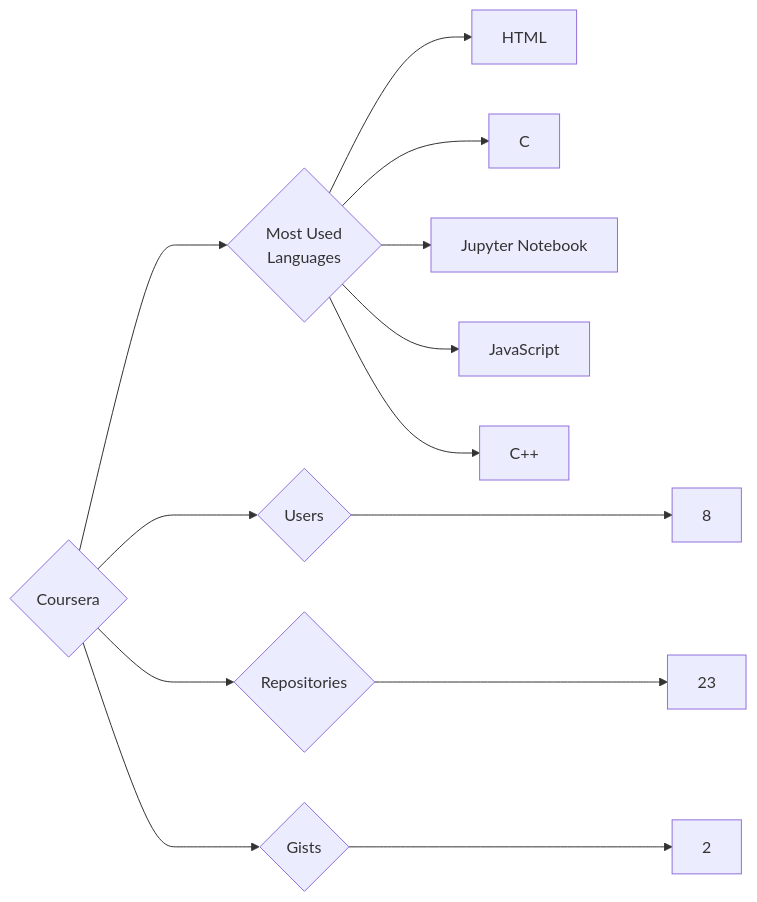
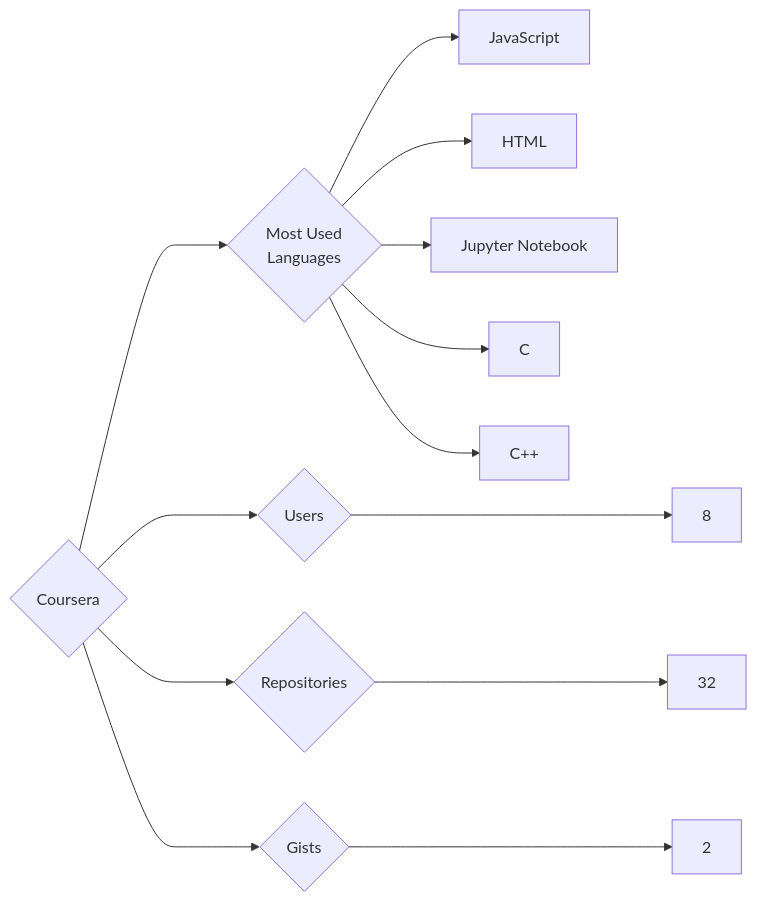
One commit to trickest/insiders changed the diagram in targets/Coursera/README.md. Above: the diagram before and after it, drawn with Mermaid. The commit also changed 1092 other files, not shown here.

````diff
--- a/targets/Coursera/README.md
+++ b/targets/Coursera/README.md
@@ -3,13 +3,13 @@
 ```mermaid
 graph LR
 COMPANY_NAME{Coursera}
 COMPANY_NAME ---> U{Users} ---> UN[8]
-COMPANY_NAME ---> R{Repositories} ---> RN[23]
+COMPANY_NAME ---> R{Repositories} ---> RN[32]
 COMPANY_NAME ---> G{Gists} ---> GN[2]
 COMPANY_NAME ---> ML{Most Used<br>Languages}
+ML --> JavaScript[JavaScript]
 ML --> HTML[HTML]
+ML --> Jupyter_Notebook[Jupyter Notebook]
 ML --> C[C]
-ML --> Jupyter_Notebook[Jupyter Notebook]
-ML --> JavaScript[JavaScript]
 ML --> C++[C++]
 ```
````
